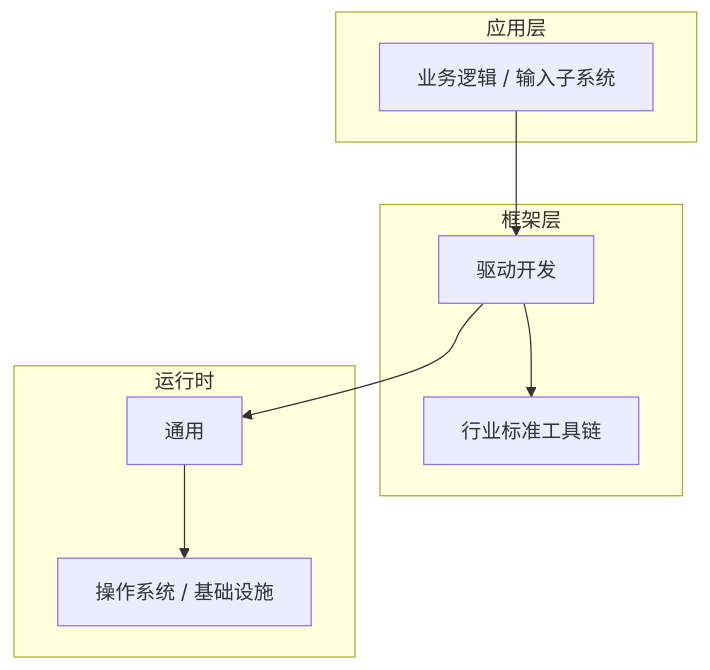
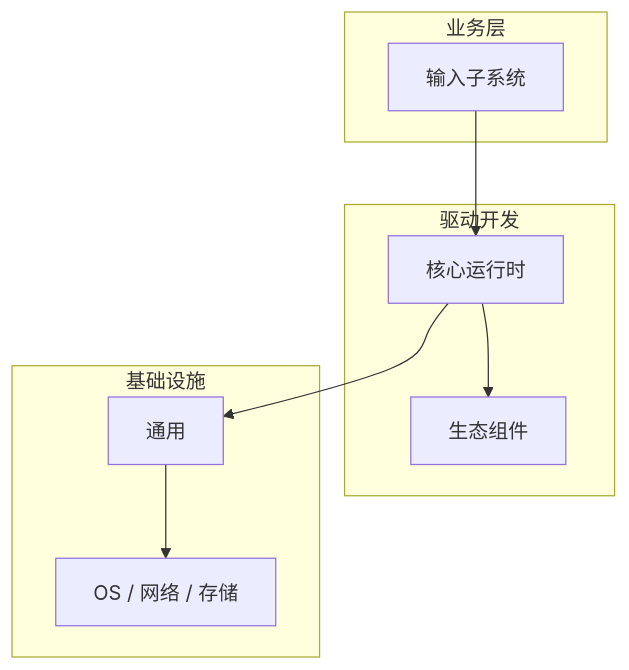
The diagram in articles/驱动开发/chapters/071-输入子系统核心概念与原理.md (yanggan2015/knowledge-json-v2), drawn with Mermaid before and after one commit. The commit also changed other lines of this file and 10127 other files, not shown here.

````diff
--- a/articles/驱动开发/chapters/071-输入子系统核心概念与原理.md
+++ b/articles/驱动开发/chapters/071-输入子系统核心概念与原理.md
@@ -45,18 +34,18 @@
 ```mermaid
 graph TB
-    subgraph 应用层
-        A[业务逻辑 / 输入子系统]
+    subgraph 业务层
+        A[输入子系统]
     end
-    subgraph 框架层
-        B[驱动开发]
-        C[行业标准工具链]
+    subgraph 驱动开发
+        B[核心运行时]
+        C[生态组件]
     end
-    subgraph 运行时
+    subgraph 基础设施
         D[通用]
-        E[操作系统 / 基础设施]
+        E[OS / 网络 / 存储]
     end
     A --> B
     B --> C
     B --> D
     D --> E
 ```
````
